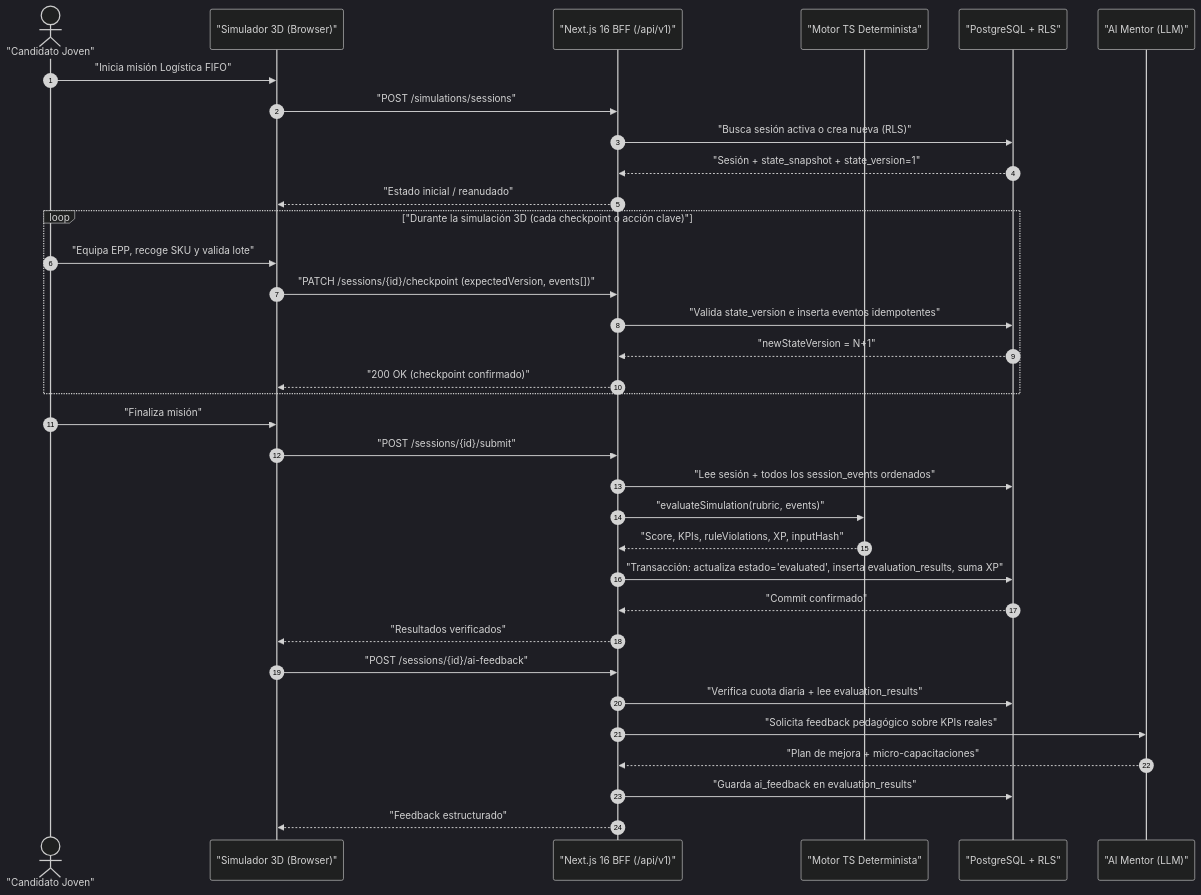
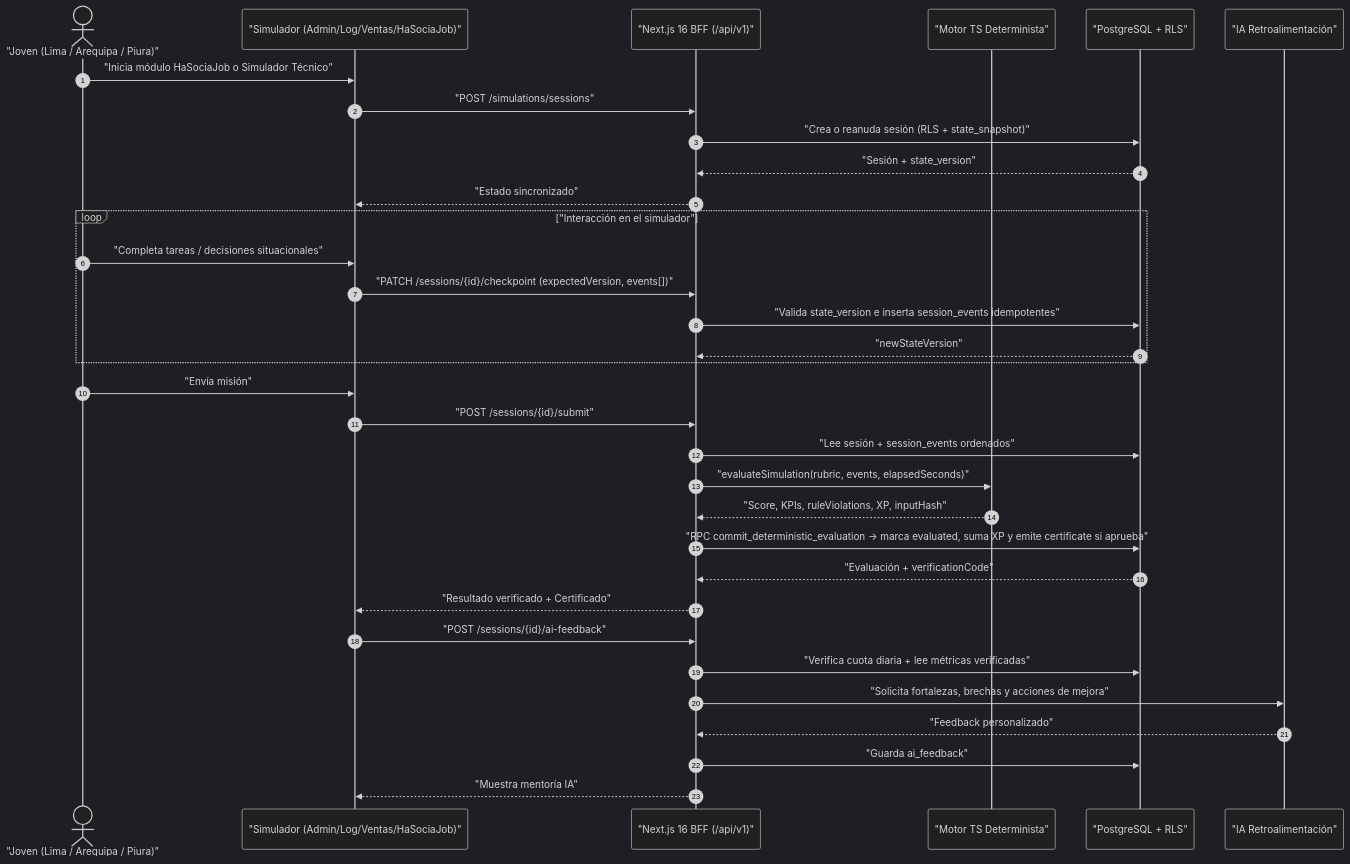
The second of 3 diagrams in docs/USER_AND_DATA_FLOWS.md (waxmorales/portal-job), drawn with Mermaid (dark theme) before and after one commit. The commit also changed other lines of this file and 16 other files, not shown here.

Commit message:
feat(architecture): align PortalJob blueprint with Admin/Logistics/Sales, HaSociaJob, verifiable certificates, and financial roadmap

````diff
--- a/docs/USER_AND_DATA_FLOWS.md
+++ b/docs/USER_AND_DATA_FLOWS.md
@@ -30,40 +26,39 @@
 ```mermaid
 sequenceDiagram
     autonumber
-    actor U as "Candidato Joven"
-    participant SIM as "Simulador 3D (Browser)"
+    actor U as "Joven (Lima / Arequipa / Piura)"
+    participant SIM as "Simulador (Admin/Log/Ventas/HaSociaJob)"
     participant BFF as "Next.js 16 BFF (/api/v1)"
     participant ENG as "Motor TS Determinista"
     participant DB as "PostgreSQL + RLS"
-    participant AI as "AI Mentor (LLM)"
+    participant AI as "IA Retroalimentación"
 
-    U->>SIM: "Inicia misión Logística FIFO"
+    U->>SIM: "Inicia módulo HaSociaJob o Simulador Técnico"
     SIM->>BFF: "POST /simulations/sessions"
-    BFF->>DB: "Busca sesión activa o crea nueva (RLS)"
-    DB-->>BFF: "Sesión + state_snapshot + state_version=1"
-    BFF-->>SIM: "Estado inicial / reanudado"
+    BFF->>DB: "Crea o reanuda sesión (RLS + state_snapshot)"
+    DB-->>BFF: "Sesión + state_version"
+    BFF-->>SIM: "Estado sincronizado"
 
-    loop "Durante la simulación 3D (cada checkpoint o acción clave)"
-        U->>SIM: "Equipa EPP, recoge SKU y valida lote"
+    loop "Interacción en el simulador"
+        U->>SIM: "Completa tareas / decisiones situacionales"
         SIM->>BFF: "PATCH /sessions/{id}/checkpoint (expectedVersion, events[])"
-        BFF->>DB: "Valida state_version e inserta eventos idempotentes"
-        DB-->>BFF: "newStateVersion = N+1"
-        BFF-->>SIM: "200 OK (checkpoint confirmado)"
+        BFF->>DB: "Valida state_version e inserta session_events idempotentes"
+        DB-->>BFF: "newStateVersion"
     end
 
-    U->>SIM: "Finaliza misión"
+    U->>SIM: "Envía misión"
     SIM->>BFF: "POST /sessions/{id}/submit"
-    BFF->>DB: "Lee sesión + todos los session_events ordenados"
-    BFF->>ENG: "evaluateSimulation(rubric, events)"
+    BFF->>DB: "Lee sesión + session_events ordenados"
+    BFF->>ENG: "evaluateSimulation(rubric, events, elapsedSeconds)"
     ENG-->>BFF: "Score, KPIs, ruleViolations, XP, inputHash"
-    BFF->>DB: "Transacción: actualiza estado='evaluated', inserta evaluation_results, suma XP"
-    DB-->>BFF: "Commit confirmado"
-    BFF-->>SIM: "Resultados verificados"
+    BFF->>DB: "RPC commit_deterministic_evaluation -> marca evaluated, suma XP y emite certificate si aprueba"
+    DB-->>BFF: "Evaluación + verificationCode"
+    BFF-->>SIM: "Resultado verificado + Certificado"
 
     SIM->>BFF: "POST /sessions/{id}/ai-feedback"
-    BFF->>DB: "Verifica cuota diaria + lee evaluation_results"
-    BFF->>AI: "Solicita feedback pedagógico sobre KPIs reales"
-    AI-->>BFF: "Plan de mejora + micro-capacitaciones"
-    BFF->>DB: "Guarda ai_feedback en evaluation_results"
-    BFF-->>SIM: "Feedback estructurado"
+    BFF->>DB: "Verifica cuota diaria + lee métricas verificadas"
+    BFF->>AI: "Solicita fortalezas, brechas y acciones de mejora"
+    AI-->>BFF: "Feedback personalizado"
+    BFF->>DB: "Guarda ai_feedback"
+    BFF-->>SIM: "Muestra mentoría IA"
 ```
````
